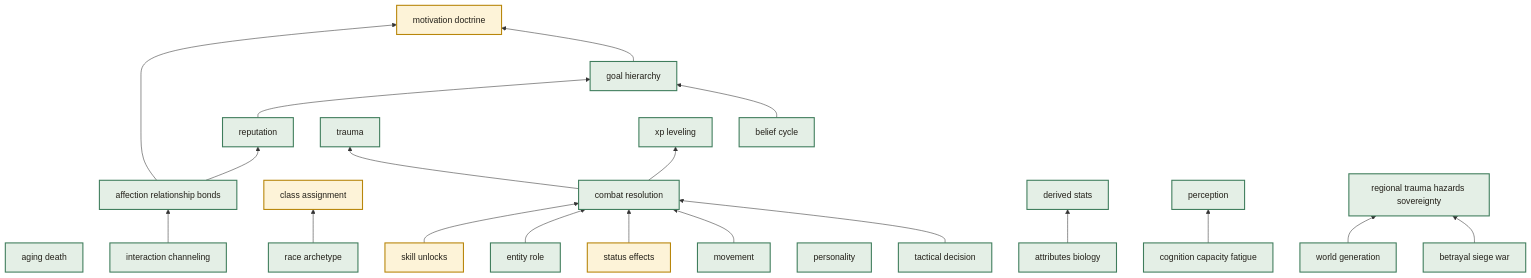
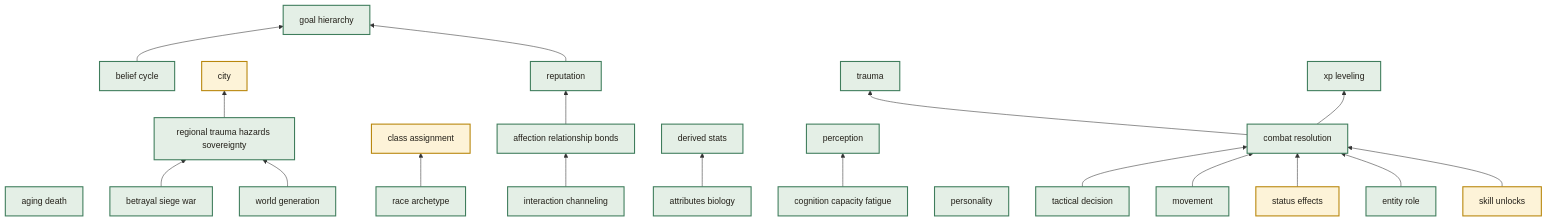
One commit to ttnhan18062000/rpg-based-simulation changed the diagram in docs/brainstorm/mechanism_priority_view.md. Above: the diagram before and after it, drawn with Mermaid. The commit also changed other lines of this file and 7 other files, not shown here.

````diff
--- a/docs/brainstorm/mechanism_priority_view.md
+++ b/docs/brainstorm/mechanism_priority_view.md
@@ -44,54 +44,53 @@
 ```mermaid
 flowchart BT
     classDef done fill:#e4efe6,stroke:#3f7d5c,stroke-width:2px,color:#232019
     classDef partial fill:#fdf3d8,stroke:#b8860b,stroke-width:2px,color:#232019
     classDef gap fill:#f7e4e1,stroke:#b0392f,stroke-width:2px,color:#232019
     classDef orphan fill:#f7e4e1,stroke:#b0392f,stroke-width:2px,stroke-dasharray: 2 2,color:#232019
     classDef gated fill:#f7ecd2,stroke:#9a6b0c,stroke-width:2px,stroke-dasharray: 3 3,color:#232019
     classDef skeleton fill:#eee,stroke:#888,stroke-width:1px,stroke-dasharray: 1 3,color:#232019
 
     affection_relationship_bonds["affection relationship bonds"]:::done
     aging_death["aging death"]:::done
     attributes_biology["attributes biology"]:::done
     belief_cycle["belief cycle"]:::done
     betrayal_siege_war["betrayal siege war"]:::done
+    city["city"]:::partial
     class_assignment["class assignment"]:::partial
     cognition_capacity_fatigue["cognition capacity fatigue"]:::done
     combat_resolution["combat resolution"]:::done
     derived_stats["derived stats"]:::done
     entity_role["entity role"]:::done
     goal_hierarchy["goal hierarchy"]:::done
     interaction_channeling["interaction channeling"]:::done
-    motivation_doctrine["motivation doctrine"]:::partial
     movement["movement"]:::done
     perception["perception"]:::done
     personality["personality"]:::done
     race_archetype["race archetype"]:::done
     regional_trauma_hazards_sovereignty["regional trauma hazards sovereignty"]:::done
     reputation["reputation"]:::done
     skill_unlocks["skill unlocks"]:::partial
     status_effects["status effects"]:::partial
     tactical_decision["tactical decision"]:::done
     trauma["trauma"]:::done
     world_generation["world generation"]:::done
     xp_leveling["xp leveling"]:::done
 
     interaction_channeling --> affection_relationship_bonds
+    regional_trauma_hazards_sovereignty --> city
     race_archetype --> class_assignment
     tactical_decision --> combat_resolution
     movement --> combat_resolution
     status_effects --> combat_resolution
     entity_role --> combat_resolution
     skill_unlocks --> combat_resolution
     attributes_biology --> derived_stats
     belief_cycle --> goal_hierarchy
     reputation --> goal_hierarchy
-    goal_hierarchy --> motivation_doctrine
-    affection_relationship_bonds --> motivation_doctrine
     cognition_capacity_fatigue --> perception
     betrayal_siege_war --> regional_trauma_hazards_sovereignty
     world_generation --> regional_trauma_hazards_sovereignty
     affection_relationship_bonds --> reputation
     combat_resolution --> trauma
     combat_resolution --> xp_leveling
 ```
````
